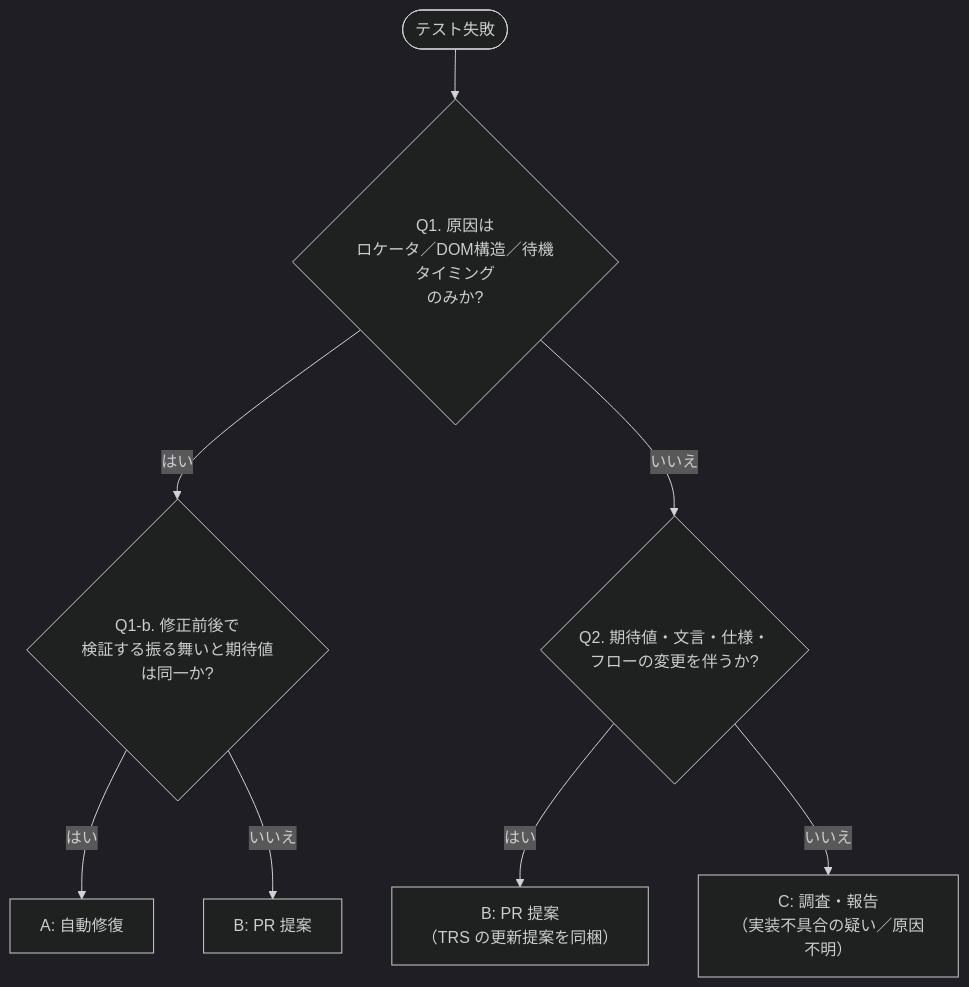
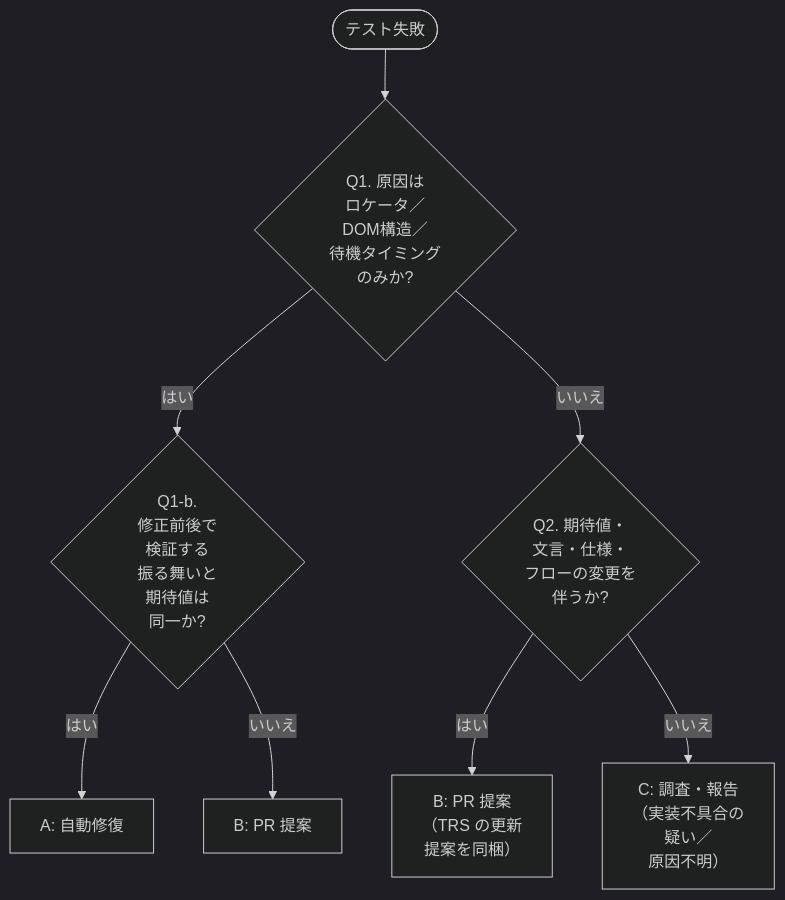
The second of 3 diagrams in docs/testing/04-regression-governance.md (toshio-shiratori/harness-test-strategy), drawn with Mermaid (dark theme) before and after one commit. The commit also changed other lines of this file and 5 other files, not shown here.

First line of the commit message:
docs: docs/testing の図で、ノード内の文字が GitHub 上で語の途中で折り返すのを直す (#210) (#220)

````diff
--- a/docs/testing/04-regression-governance.md
+++ b/docs/testing/04-regression-governance.md
@@ -131,10 +145,10 @@
 ```mermaid
 flowchart TB
-  S(["テスト失敗"]) --> Q1{"Q1. 原因は<br/>ロケータ／DOM構造／待機タイミング<br/>のみか?"}
-  Q1 -- "はい" --> Q1b{"Q1-b. 修正前後で<br/>検証する振る舞いと期待値は同一か?"}
+  S(["テスト失敗"]) --> Q1{"Q1. 原因は<br/>ロケータ／<br/>DOM構造／<br/>待機タイミング<br/>のみか?"}
+  Q1 -- "はい" --> Q1b{"Q1-b.<br/>修正前後で<br/>検証する<br/>振る舞いと<br/>期待値は<br/>同一か?"}
   Q1b -- "はい" --> A["A: 自動修復"]
   Q1b -- "いいえ" --> B["B: PR 提案"]
-  Q1 -- "いいえ" --> Q2{"Q2. 期待値・文言・仕様・<br/>フローの変更を伴うか?"}
-  Q2 -- "はい" --> B2["B: PR 提案<br/>（TRS の更新提案を同梱）"]
-  Q2 -- "いいえ" --> C["C: 調査・報告<br/>（実装不具合の疑い／原因不明）"]
+  Q1 -- "いいえ" --> Q2{"Q2. 期待値・<br/>文言・仕様・<br/>フローの変更を<br/>伴うか?"}
+  Q2 -- "はい" --> B2["B: PR 提案<br/>（TRS の更新<br/>提案を同梱）"]
+  Q2 -- "いいえ" --> C["C: 調査・報告<br/>（実装不具合の<br/>疑い／<br/>原因不明）"]
 ```
````
